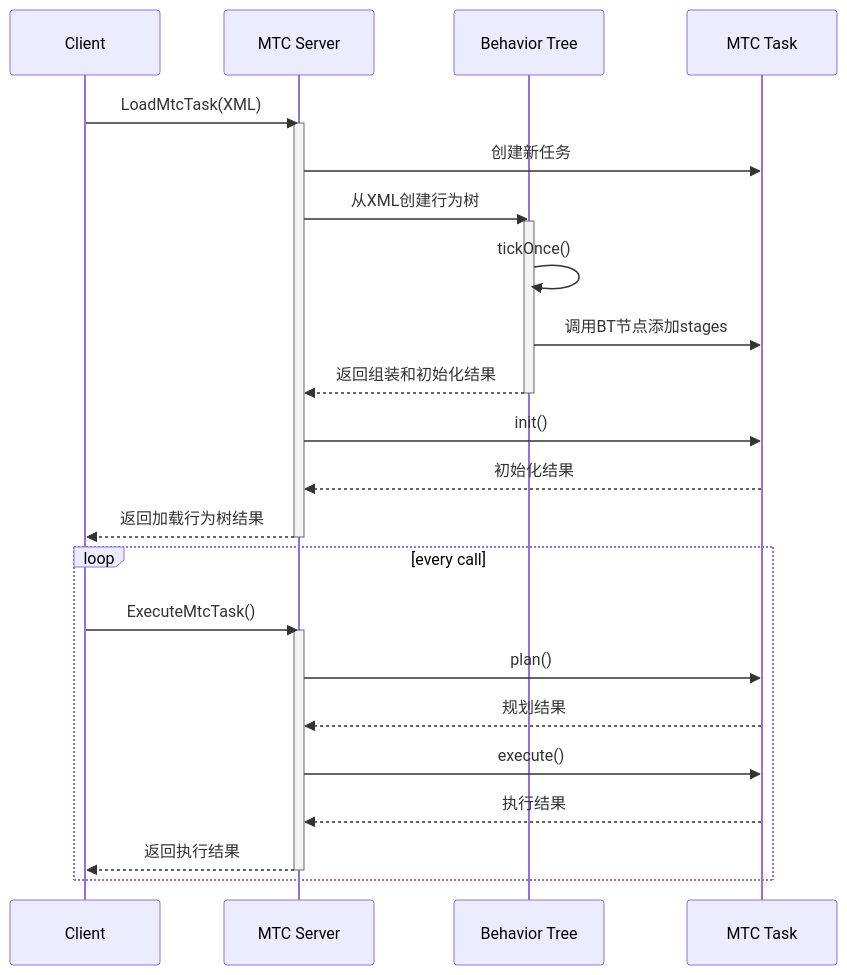
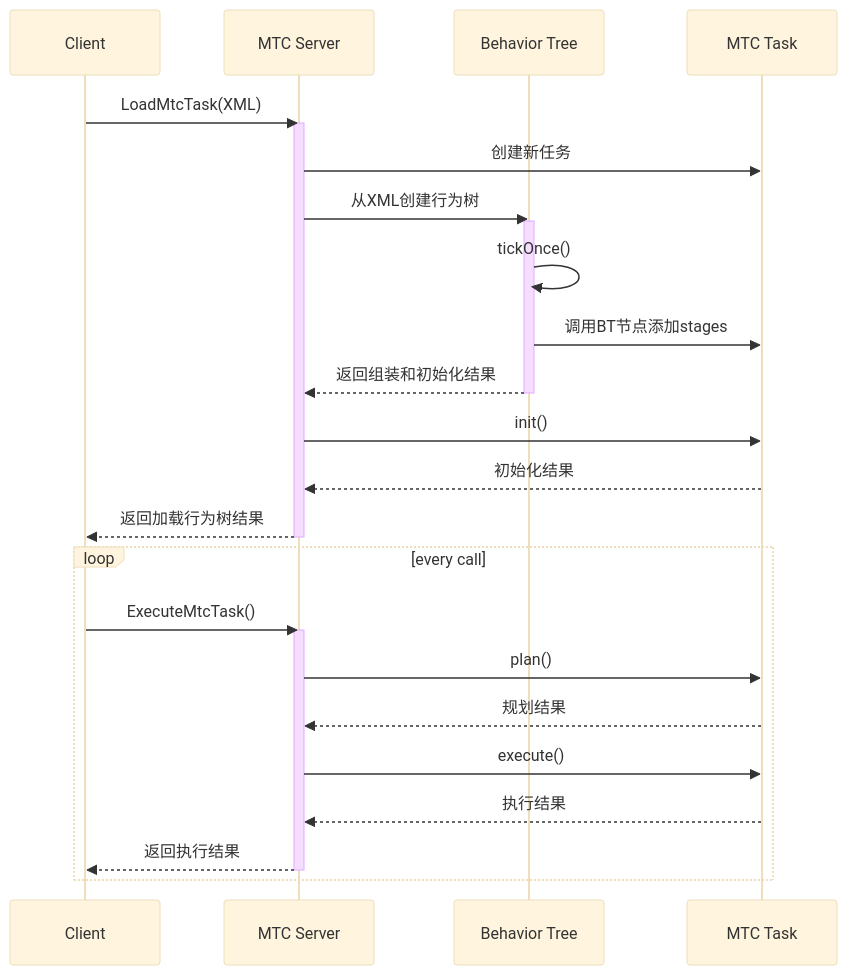
The second of 2 diagrams in README.md (birdyhh/yoyo), drawn with Mermaid before and after one commit. The commit also changed other lines of this file, not shown here.

````diff
--- a/README.md
+++ b/README.md
@@ -56,34 +145,35 @@
 ```mermaid
+%%{ init: { "theme": "base", "themeVariables": {"theme":"neutral","themeVariables":{"primaryColor":"#f5f5f5","primaryTextColor":"#212121","primaryBorderColor":"#9e9e9e","edgeLabelBackground":"#e0e0e0","tertiaryColor":"#eeeeee","fontFamily":"Helvetica Neue, sans-serif","fontSize":"13px","lineColor":"#757575","background":"#ffffff"}} } }%%
 sequenceDiagram
     participant Client
     participant Server as MTC Server
     participant BT as Behavior Tree
     participant MTC as MTC Task
     
     Client->>Server: LoadMtcTask(XML)
     activate Server
     Server->>MTC: 创建新任务
     Server->>BT: 从XML创建行为树
     activate BT
     BT->>BT: tickOnce()
     BT->>MTC: 调用BT节点添加stages
     BT-->>Server: 返回组装和初始化结果
     deactivate BT
     Server->>MTC: init()
     MTC-->>Server: 初始化结果
     Server-->>Client: 返回加载行为树结果
     deactivate Server
     
     loop every call
         Client->>Server: ExecuteMtcTask()
         activate Server
 
         Server->>MTC: plan()
         MTC-->>Server: 规划结果
         Server->>MTC: execute()
         MTC-->>Server: 执行结果
         Server-->>Client: 返回执行结果
         deactivate Server
     end
 
 ```
````
